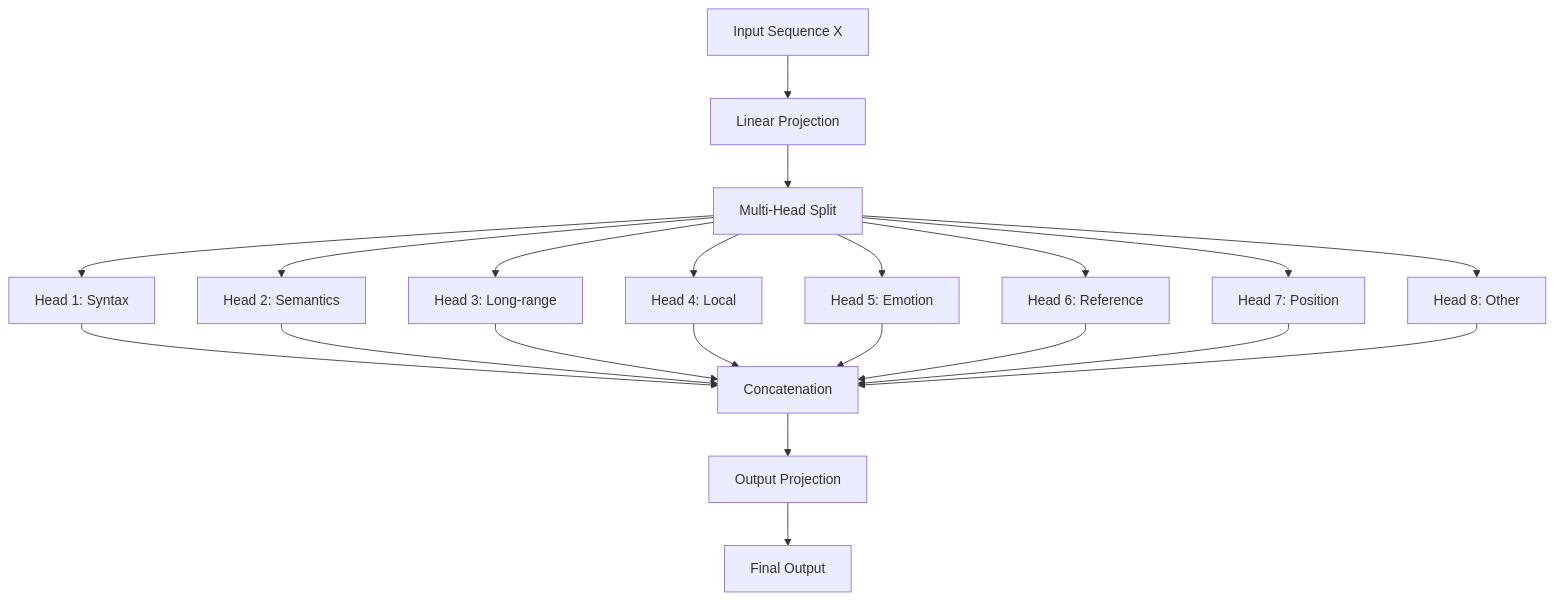
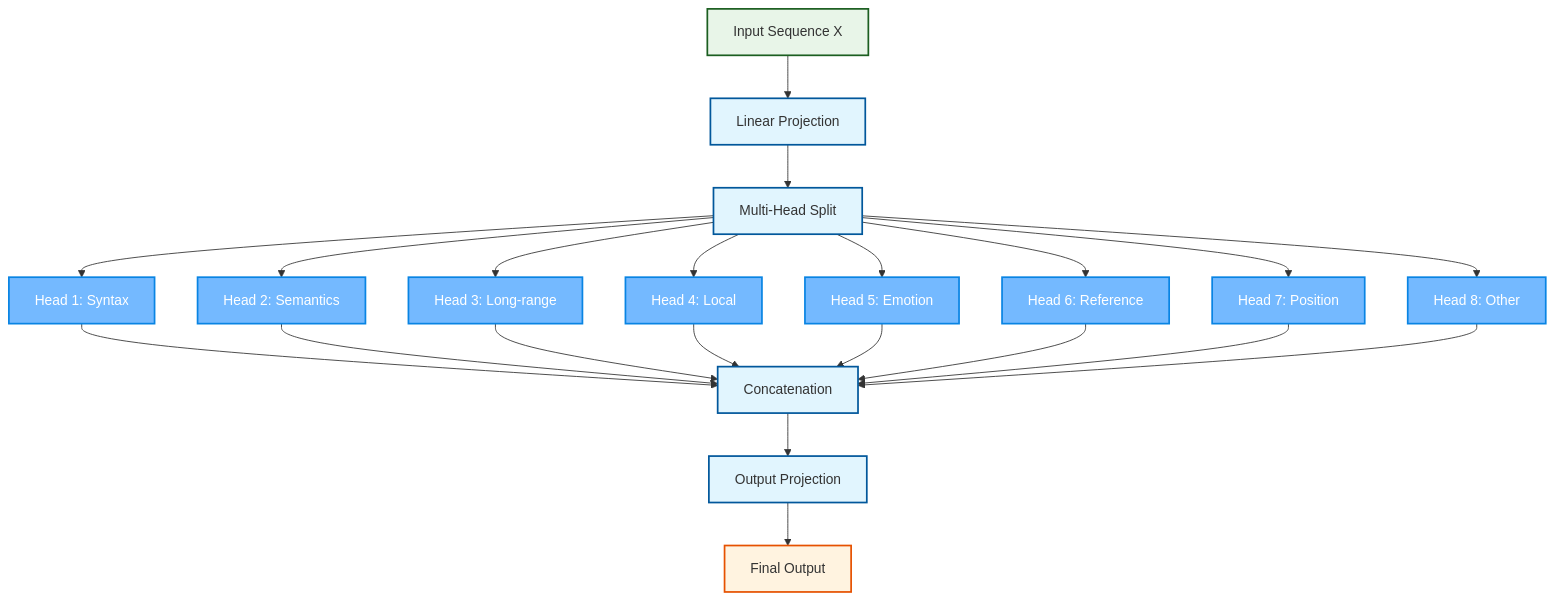
One commit to Zheng-Enci/Knoweledges changed the second of 2 diagrams in Transformer/06-多头注意力机制.md. Above: the diagram before and after it, drawn with Mermaid.

Commit message:
为流程图添加颜色样式

````diff
--- a/Transformer/06-多头注意力机制.md
+++ b/Transformer/06-多头注意力机制.md
@@ -200,23 +200,38 @@
 ```mermaid
 flowchart TD
     A[Input Sequence X] --> B[Linear Projection]
     B --> C[Multi-Head Split]
     C --> H1[Head 1: Syntax]
     C --> H2[Head 2: Semantics]
     C --> H3[Head 3: Long-range]
     C --> H4[Head 4: Local]
     C --> H5[Head 5: Emotion]
     C --> H6[Head 6: Reference]
     C --> H7[Head 7: Position]
     C --> H8[Head 8: Other]
     H1 --> D[Concatenation]
     H2 --> D
     H3 --> D
     H4 --> D
     H5 --> D
     H6 --> D
     H7 --> D
     H8 --> D
     D --> E[Output Projection]
     E --> F[Final Output]
+    
+    style A fill:#e8f5e8,stroke:#1b5e20,stroke-width:2px
+    style B fill:#e1f5fe,stroke:#01579b,stroke-width:2px
+    style C fill:#e1f5fe,stroke:#01579b,stroke-width:2px
+    style H1 fill:#74b9ff,stroke:#0984e3,stroke-width:2px,color:#fff
+    style H2 fill:#74b9ff,stroke:#0984e3,stroke-width:2px,color:#fff
+    style H3 fill:#74b9ff,stroke:#0984e3,stroke-width:2px,color:#fff
+    style H4 fill:#74b9ff,stroke:#0984e3,stroke-width:2px,color:#fff
+    style H5 fill:#74b9ff,stroke:#0984e3,stroke-width:2px,color:#fff
+    style H6 fill:#74b9ff,stroke:#0984e3,stroke-width:2px,color:#fff
+    style H7 fill:#74b9ff,stroke:#0984e3,stroke-width:2px,color:#fff
+    style H8 fill:#74b9ff,stroke:#0984e3,stroke-width:2px,color:#fff
+    style D fill:#e1f5fe,stroke:#01579b,stroke-width:2px
+    style E fill:#e1f5fe,stroke:#01579b,stroke-width:2px
+    style F fill:#fff3e0,stroke:#e65100,stroke-width:2px
 ```
````
